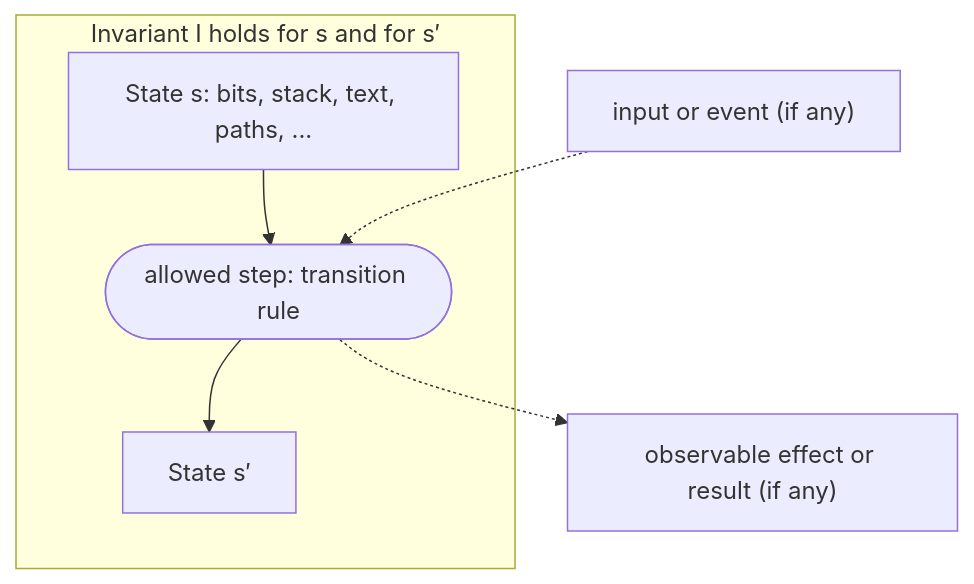
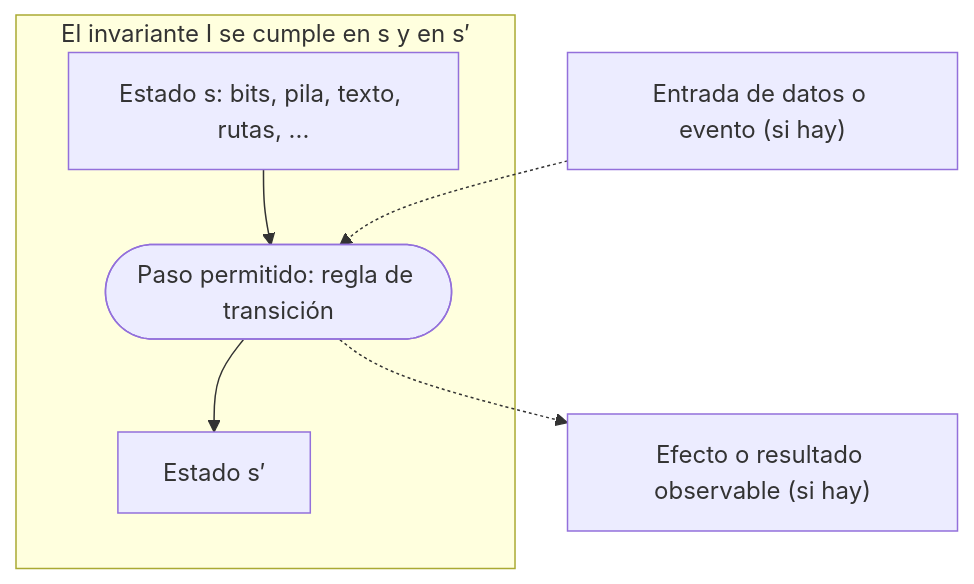
Before and after one commit to dullroar/aprende-a-programar-como-un-bicho-raro: the diagram in lessons/cs-source/chapters/02-what-counts-as-a-machine.md, drawn with Mermaid. The commit also changed other lines of this file and 26 other files, not shown here.

````diff
--- a/lessons/cs-source/chapters/02-what-counts-as-a-machine.md
+++ b/lessons/cs-source/chapters/02-what-counts-as-a-machine.md
@@ -8,10 +8,10 @@
 ```mermaid
 flowchart TB
-    accTitle: A machine is state plus a rule for the next state, not necessarily a processor
-    accDescr: A transition-system diagram. State s, represented as bits, a stack, text, paths or other values, goes through an allowed step, the transition rule, to state s prime. An input or event, if any, feeds the step. The step may produce an observable effect or result, if any. A frame around both states says that the invariant holds for s and for s prime.
-    subgraph INV["Invariant I holds for s and for s′"]
-        S["State s: bits, stack, text, paths, ..."] --> T(["allowed step: transition rule"]) --> S2["State s′"]
+    accTitle: Una máquina combina un estado y una regla para el siguiente estado. Puede prescindir de un procesador
+    accDescr: Diagrama de un sistema de transición. El estado s se representa con bits, una pila, texto, rutas u otros valores. Pasa al estado s prima mediante un paso permitido: la regla de transición. Si hay una entrada de datos o un evento, alimenta el paso. El paso puede producir un efecto o un resultado observable. Un marco alrededor de ambos estados indica que el invariante se cumple tanto en s como en s prima.
+    subgraph INV["El invariante I se cumple en s y en s′"]
+        S["Estado s: bits, pila, texto, rutas, ..."] --> T(["Paso permitido: regla de transición"]) --> S2["Estado s′"]
     end
-    IN["input or event (if any)"] -.-> T
-    T -.-> OUT["observable effect or result (if any)"]
+    IN["Entrada de datos o evento (si hay)"] -.-> T
+    T -.-> OUT["Efecto o resultado observable (si hay)"]
 ```
````
